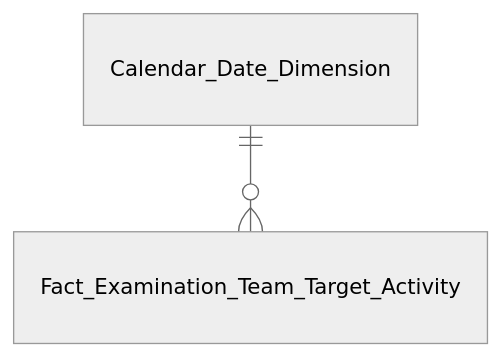
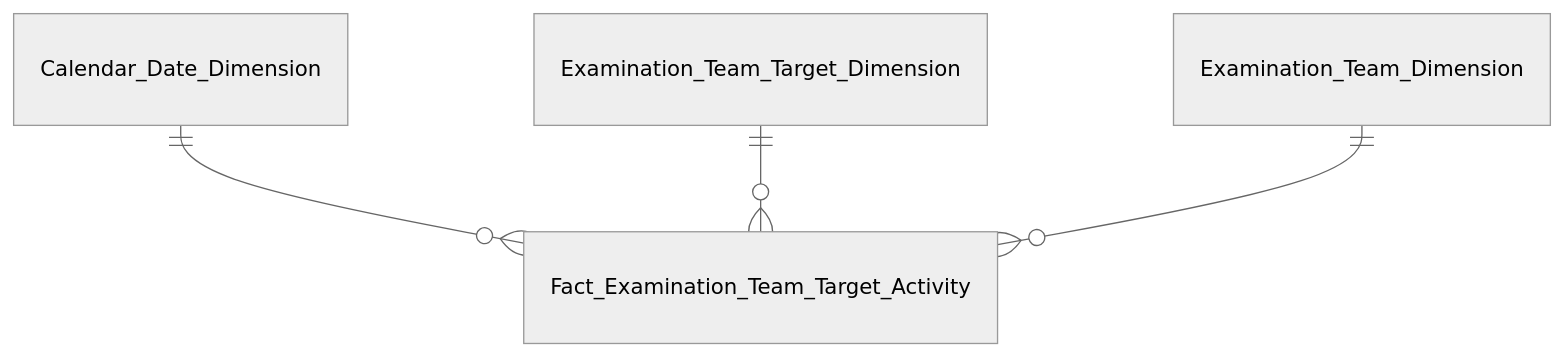
One commit to linhlvit/ubck_atomic_design changed the fourth of 8 diagrams in Datamart/hld/DTM_TT_Entities.md. Above: the diagram before and after it, drawn with Mermaid (neutral theme). The commit also changed other lines of this file and 27 other files, not shown here.

````diff
--- a/Datamart/hld/DTM_TT_Entities.md
+++ b/Datamart/hld/DTM_TT_Entities.md
@@ -55,4 +59,6 @@
 ```mermaid
 erDiagram
     Calendar_Date_Dimension ||--o{ Fact_Examination_Team_Target_Activity : " "
+    Examination_Team_Target_Dimension ||--o{ Fact_Examination_Team_Target_Activity : " "
+    Examination_Team_Dimension ||--o{ Fact_Examination_Team_Target_Activity : " "
 ```
````
